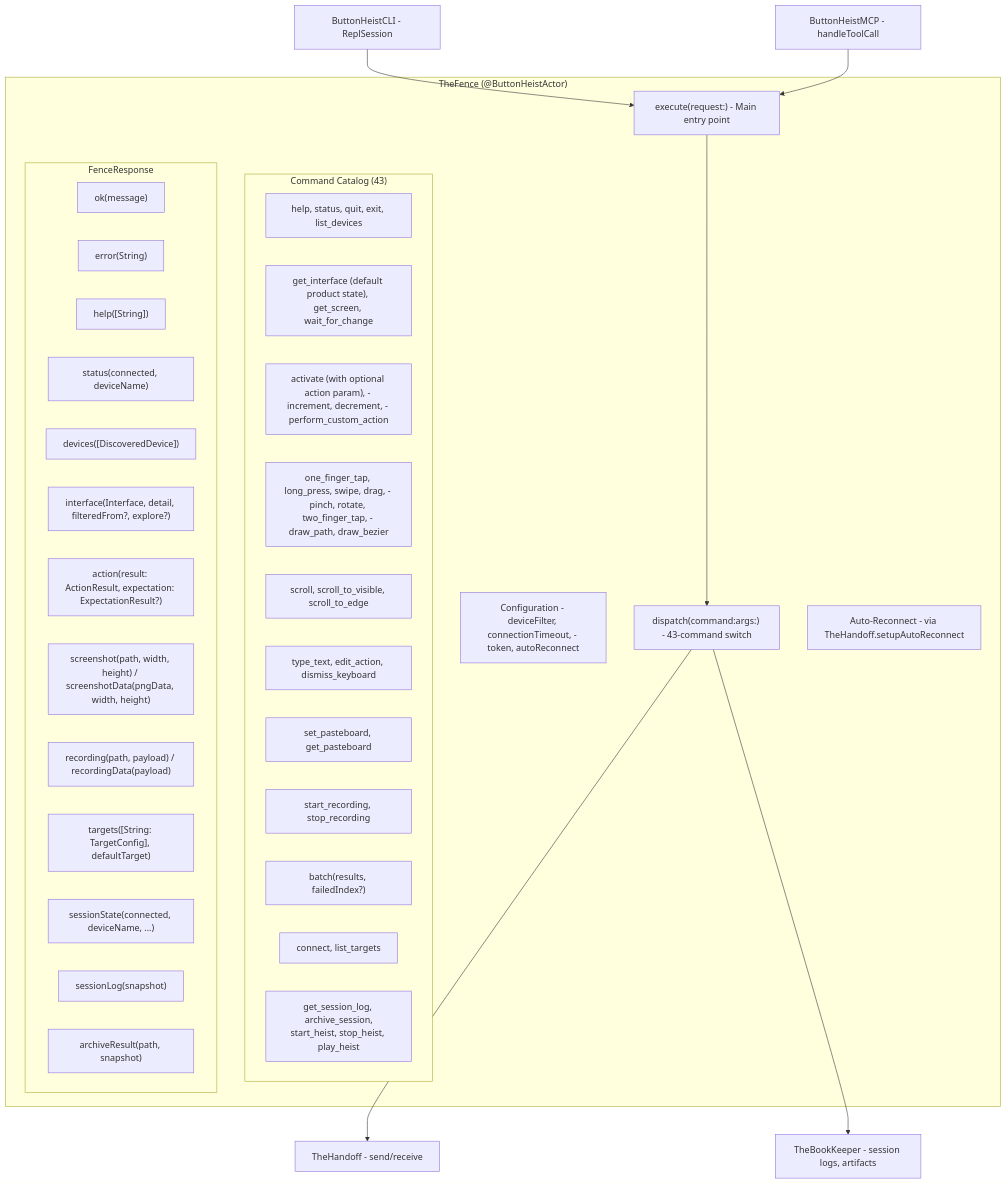
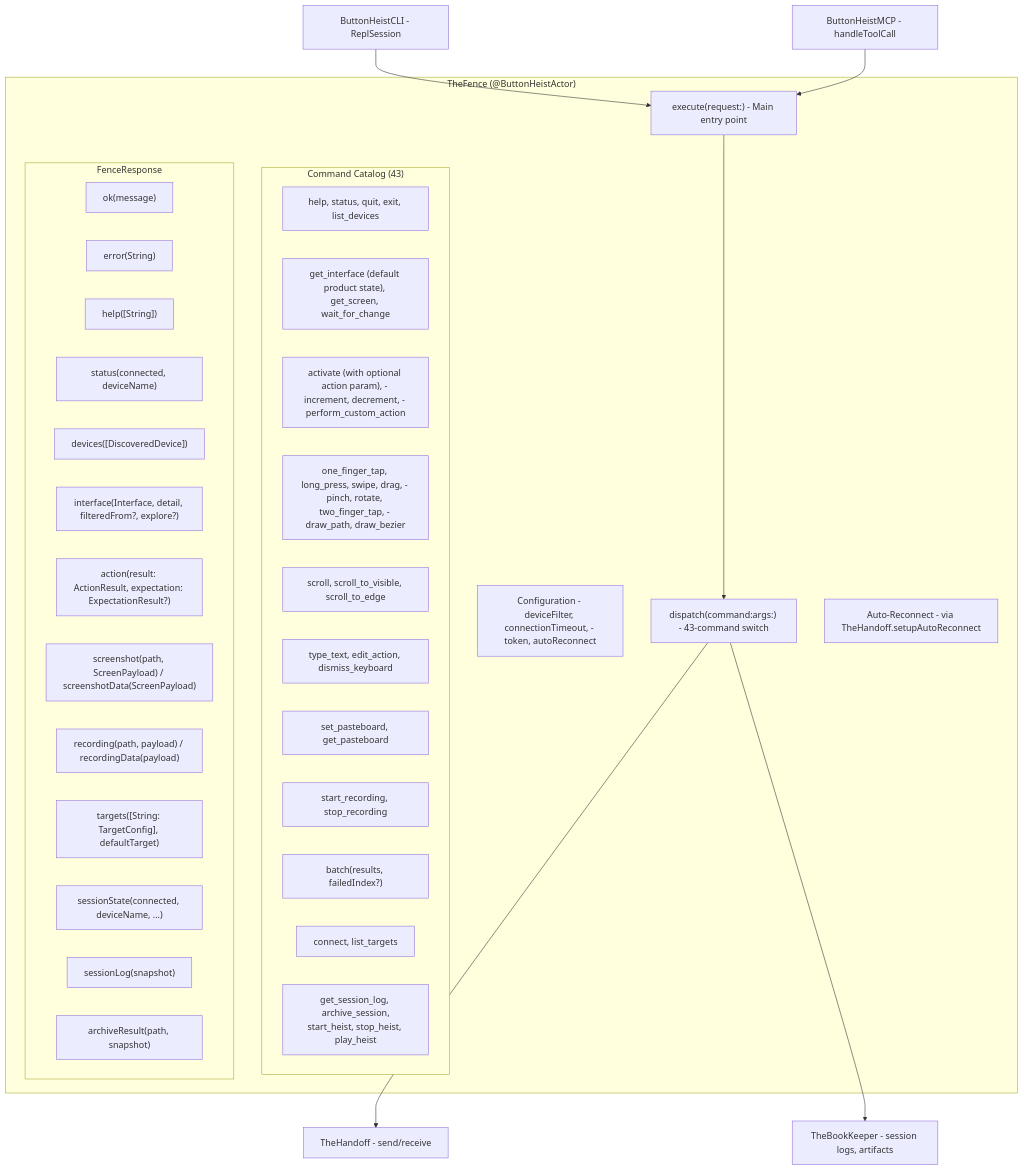
Before and after one commit to RoyalPineapple/TheButtonHeist: the first of 3 diagrams in docs/dossiers/03-THEFENCE.md, drawn with Mermaid. The commit also changed 39 other files, not shown here.

````diff
--- a/docs/dossiers/03-THEFENCE.md
+++ b/docs/dossiers/03-THEFENCE.md
@@ -29,46 +29,46 @@
 ```mermaid
 graph TD
     subgraph TheFence["TheFence (@ButtonHeistActor)"]
         Config["Configuration - deviceFilter, connectionTimeout, - token, autoReconnect"]
         Execute["execute(request:) - Main entry point"]
         Dispatch["dispatch(command:args:) - 43-command switch"]
         Reconnect["Auto-Reconnect - via TheHandoff.setupAutoReconnect"]
 
         subgraph Commands["Command Catalog (43)"]
             Conn["help, status, quit, exit, list_devices"]
             IF["get_interface (default product state), get_screen, wait_for_change"]
             Access["activate (with optional action param), - increment, decrement, - perform_custom_action"]
             Gesture["one_finger_tap, long_press, swipe, drag, - pinch, rotate, two_finger_tap, - draw_path, draw_bezier"]
             Scroll["scroll, scroll_to_visible, scroll_to_edge"]
             Text["type_text, edit_action, dismiss_keyboard"]
             Pasteboard["set_pasteboard, get_pasteboard"]
             Rec["start_recording, stop_recording"]
             Batch["run_batch, get_session_state, wait_for"]
             Target["connect, list_targets"]
             BookKeeper["get_session_log, archive_session,\nstart_heist, stop_heist, play_heist"]
         end
 
         subgraph Response["FenceResponse"]
             Ok["ok(message)"]
             Err["error(String)"]
             Help["help([String])"]
             Status["status(connected, deviceName)"]
             DevList["devices([DiscoveredDevice])"]
             IFResp["interface(Interface, detail, filteredFrom?, explore?)"]
             Action["action(result: ActionResult, expectation: ExpectationResult?)"]
-            Screenshot["screenshot(path, width, height) / screenshotData(pngData, width, height)"]
+            Screenshot["screenshot(path, ScreenPayload) / screenshotData(ScreenPayload)"]
             Recording["recording(path, payload) / recordingData(payload)"]
             Targets["targets([String: TargetConfig], defaultTarget)"]
             Batch["batch(results, failedIndex?)"]
             SessionState["sessionState(connected, deviceName, ...)"]
             SessionLog["sessionLog(snapshot)"]
             ArchiveResult["archiveResult(path, snapshot)"]
         end
     end
 
     CLI["ButtonHeistCLI - ReplSession"] --> Execute
     MCP["ButtonHeistMCP - handleToolCall"] --> Execute
     Execute --> Dispatch
     Dispatch --> Client["TheHandoff - send/receive"]
     Dispatch --> BookKeeperObj["TheBookKeeper - session logs, artifacts"]
 ```
````
